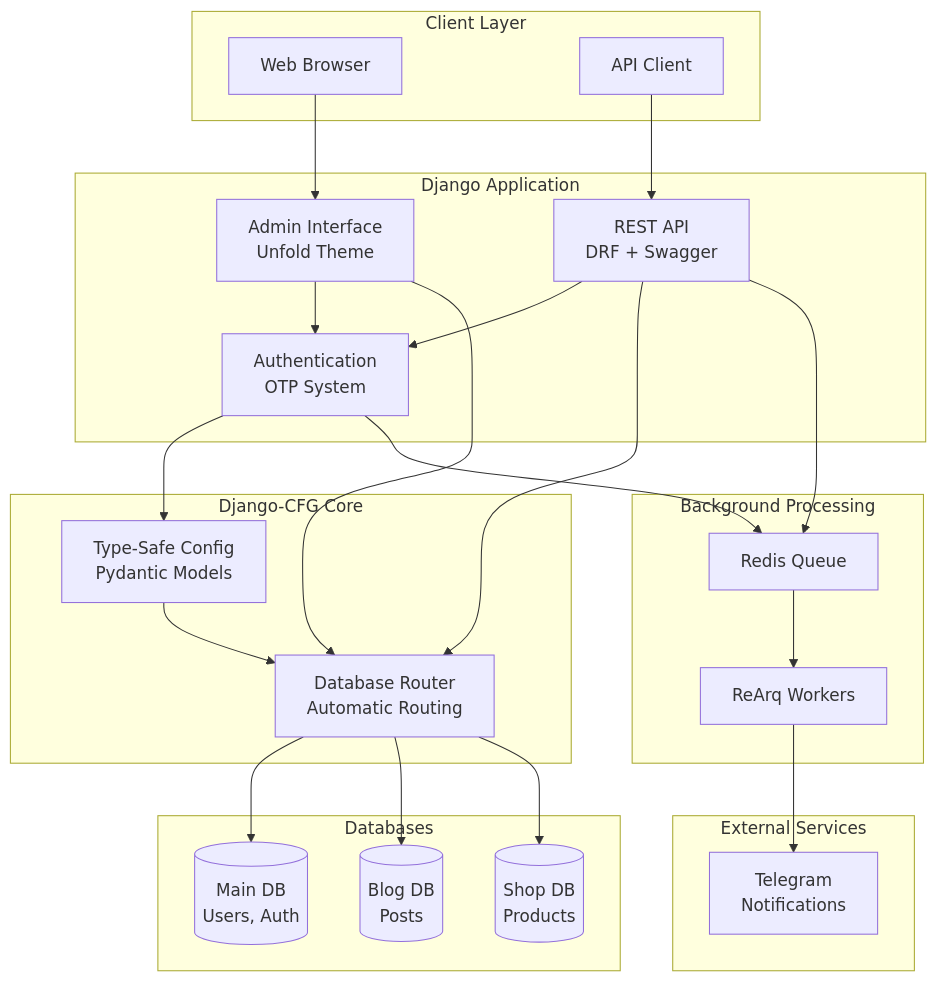
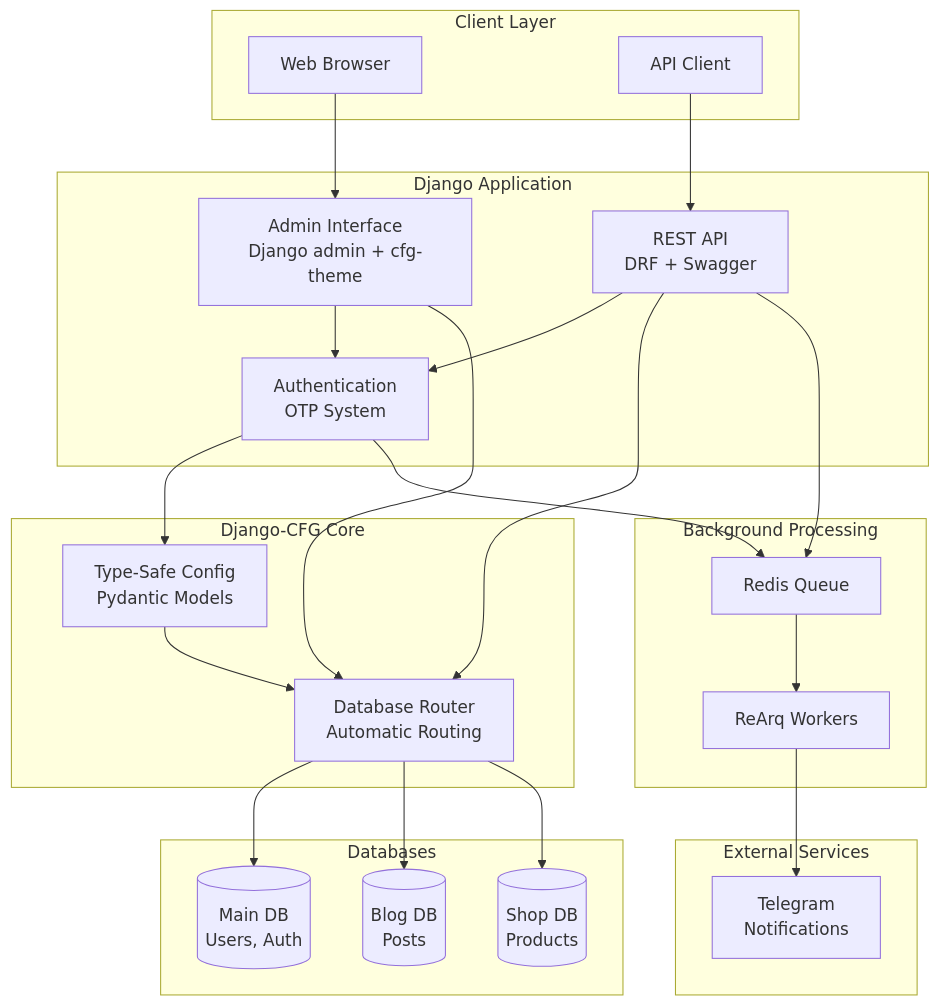
One commit to markolofsen/django-cfg changed the first of 2 diagrams in docs/guides/sample-project/overview.mdx. Above: the diagram before and after it, drawn with Mermaid. The commit also changed other lines of this file and 67 other files, not shown here.

````diff
--- a/docs/guides/sample-project/overview.mdx
+++ b/docs/guides/sample-project/overview.mdx
@@ -12,53 +12,53 @@
 ```mermaid
 graph TB
     subgraph "Client Layer"
         WEB[Web Browser]
         API_CLIENT[API Client]
     end
 
     subgraph "Django Application"
-        ADMIN[Admin Interface<br/>Unfold Theme]
+        ADMIN[Admin Interface<br/>Django admin + cfg-theme]
         REST[REST API<br/>DRF + Swagger]
         AUTH[Authentication<br/>OTP System]
     end
 
     subgraph "Django-CFG Core"
         CONFIG[Type-Safe Config<br/>Pydantic Models]
         ROUTER[Database Router<br/>Automatic Routing]
     end
 
     subgraph "Databases"
         DB_MAIN[(Main DB<br/>Users, Auth)]
         DB_BLOG[(Blog DB<br/>Posts)]
         DB_SHOP[(Shop DB<br/>Products)]
     end
 
     subgraph "Background Processing"
         QUEUE[Redis Queue]
         WORKER[ReArq Workers]
     end
 
     subgraph "External Services"
         TELEGRAM[Telegram<br/>Notifications]
     end
 
     WEB --> ADMIN
     API_CLIENT --> REST
     ADMIN --> AUTH
     REST --> AUTH
 
     AUTH --> CONFIG
     ADMIN --> ROUTER
     REST --> ROUTER
 
     CONFIG --> ROUTER
     ROUTER --> DB_MAIN
     ROUTER --> DB_BLOG
     ROUTER --> DB_SHOP
 
     AUTH --> QUEUE
     REST --> QUEUE
     QUEUE --> WORKER
 
     WORKER --> TELEGRAM
 ```
````
